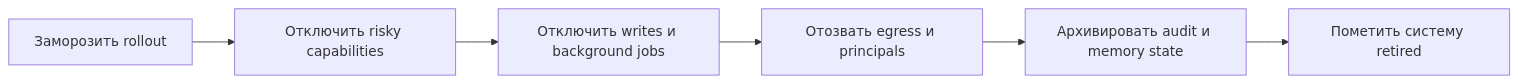
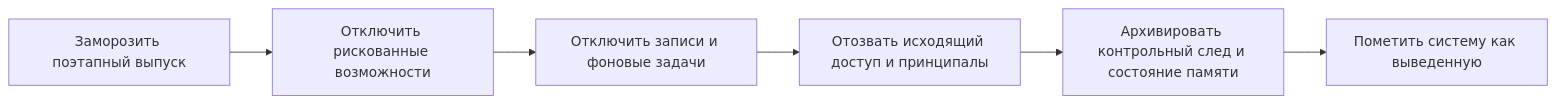
The diagram in docs/book/part-viii/chapter-23.md (agent-axiom/agent-arch), drawn with Mermaid before and after one commit. The commit also changed other lines of this file and 26 other files, not shown here.

````diff
--- a/docs/book/part-viii/chapter-23.md
+++ b/docs/book/part-viii/chapter-23.md
@@ -109,8 +109,8 @@
 ``` mermaid
 flowchart LR
-    A["Заморозить rollout"] --> B["Отключить risky capabilities"]
-    B --> C["Отключить writes и background jobs"]
-    C --> D["Отозвать egress и principals"]
-    D --> E["Архивировать audit и memory state"]
-    E --> F["Пометить систему retired"]
+    A["Заморозить поэтапный выпуск"] --> B["Отключить рискованные возможности"]
+    B --> C["Отключить записи и фоновые задачи"]
+    C --> D["Отозвать исходящий доступ и принципалы"]
+    D --> E["Архивировать контрольный след и состояние памяти"]
+    E --> F["Пометить систему как выведенную"]
 ```
````
